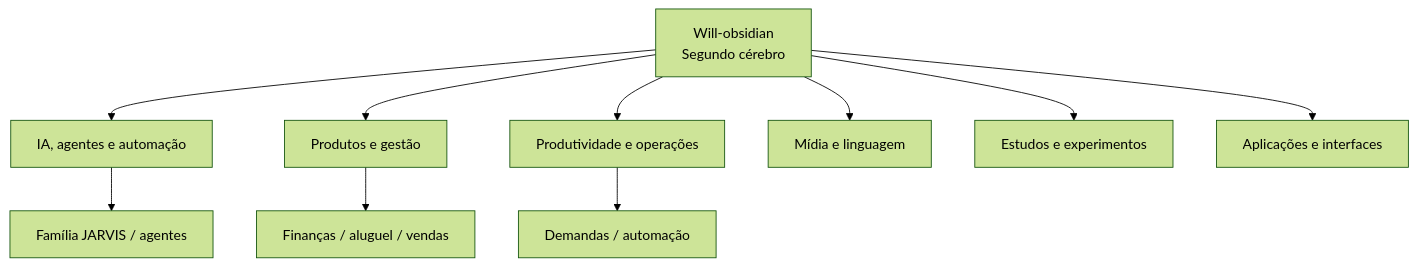
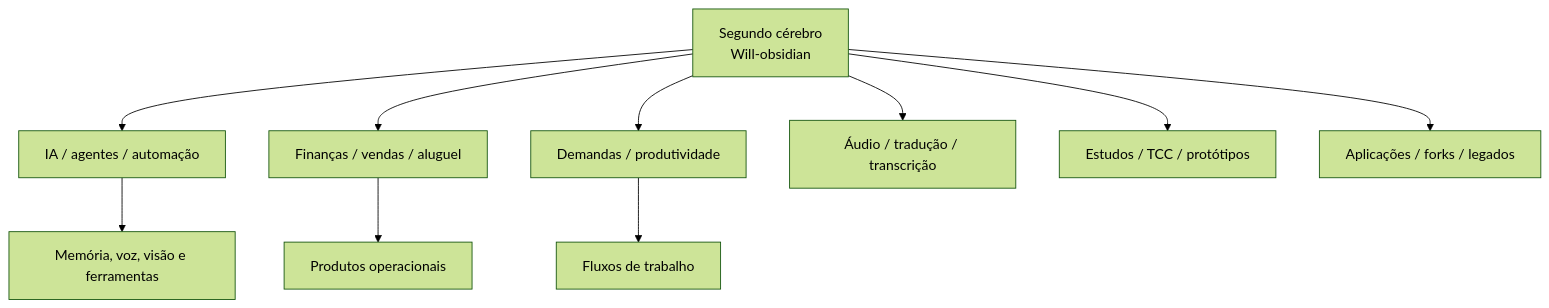
Before and after one commit to William-kelvem94/Will-obsidian: the first of 2 diagrams in 03-Projetos/04-Master-Plan/Mapa-Cognitivo-Completo-dos-Repositorios.md, drawn with Mermaid (forest theme). The commit also changed other lines of this file, not shown here.

````diff
--- a/03-Projetos/04-Master-Plan/Mapa-Cognitivo-Completo-dos-Repositorios.md
+++ b/03-Projetos/04-Master-Plan/Mapa-Cognitivo-Completo-dos-Repositorios.md
@@ -29,12 +15,12 @@
 ```mermaid
 flowchart TD
-  HUB["Will-obsidian\nSegundo cérebro"] --> IA["IA, agentes e automação"]
-  HUB --> PROD["Produtos e gestão"]
-  HUB --> OPS["Produtividade e operações"]
-  HUB --> MEDIA["Mídia e linguagem"]
-  HUB --> EST["Estudos e experimentos"]
-  HUB --> APP["Aplicações e interfaces"]
-  IA --> JARVIS["Família JARVIS / agentes"]
-  PROD --> FIN["Finanças / aluguel / vendas"]
-  OPS --> DEM["Demandas / automação"]
+  HUB["Segundo cérebro\nWill-obsidian"] --> IA["IA / agentes / automação"]
+  HUB --> GESTAO["Finanças / vendas / aluguel"]
+  HUB --> OPS["Demandas / produtividade"]
+  HUB --> MIDIA["Áudio / tradução / transcrição"]
+  HUB --> ESTUDO["Estudos / TCC / protótipos"]
+  HUB --> APP["Aplicações / forks / legados"]
+  IA --> MEM["Memória, voz, visão e ferramentas"]
+  GESTAO --> PROD["Produtos operacionais"]
+  OPS --> WORK["Fluxos de trabalho"]
 ```
````
